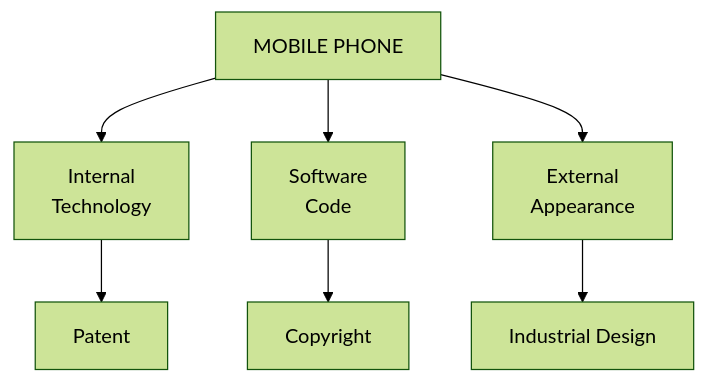
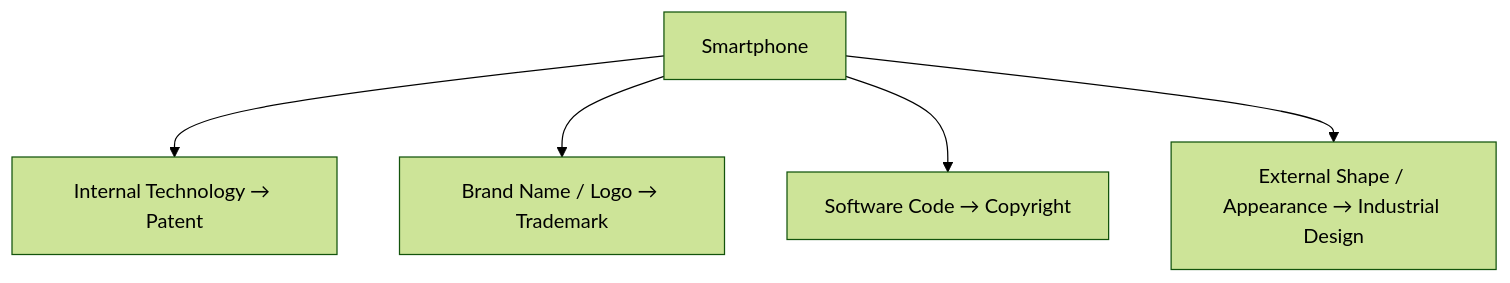
One commit to Aryns293/IPR changed the second of 2 diagrams in 03_Types_of_IPR.md. Above: the diagram before and after it, drawn with Mermaid (forest theme). The commit also changed other lines of this file and 8 other files, not shown here.

````diff
--- a/03_Types_of_IPR.md
+++ b/03_Types_of_IPR.md
@@ -416,10 +116,7 @@
 ```mermaid
 flowchart TD
-    A[MOBILE PHONE]
-    A --> B["Internal\nTechnology"]
-    A --> C["Software\nCode"]
-    A --> D["External\nAppearance"]
-    B --> E[Patent]
-    C --> F[Copyright]
-    D --> G[Industrial Design]
+    A[Smartphone] --> B[Internal Technology → Patent]
+    A --> C[Brand Name / Logo → Trademark]
+    A --> D[Software Code → Copyright]
+    A --> E[External Shape / Appearance → Industrial Design]
 ```
````
